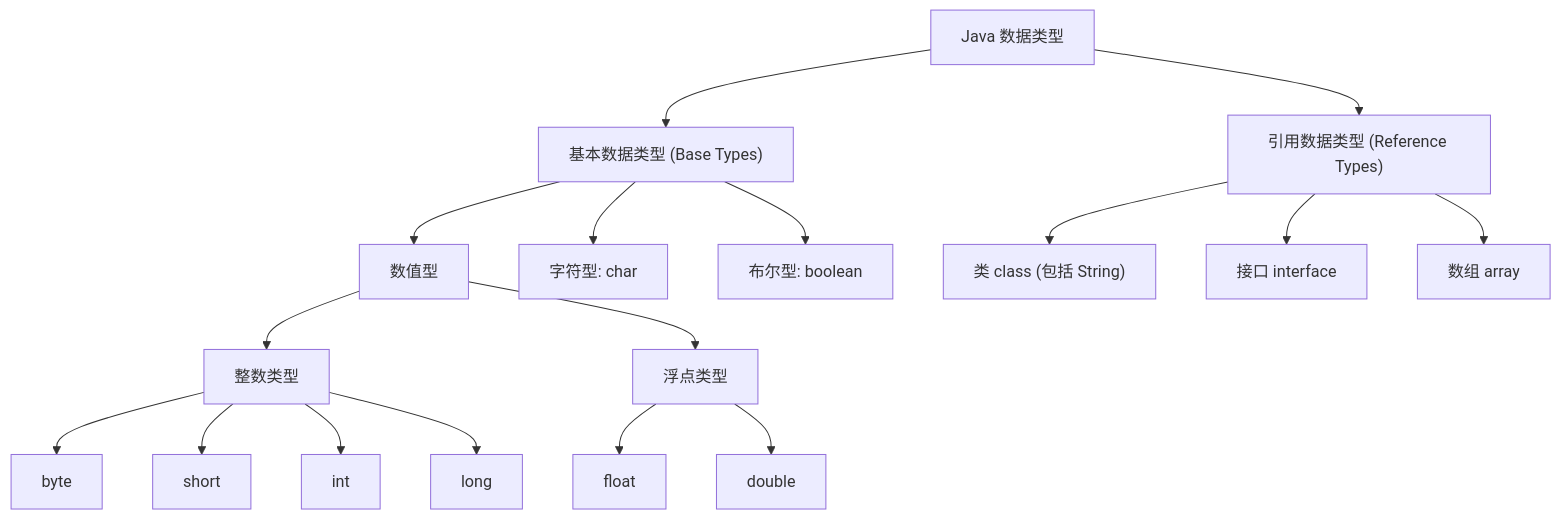
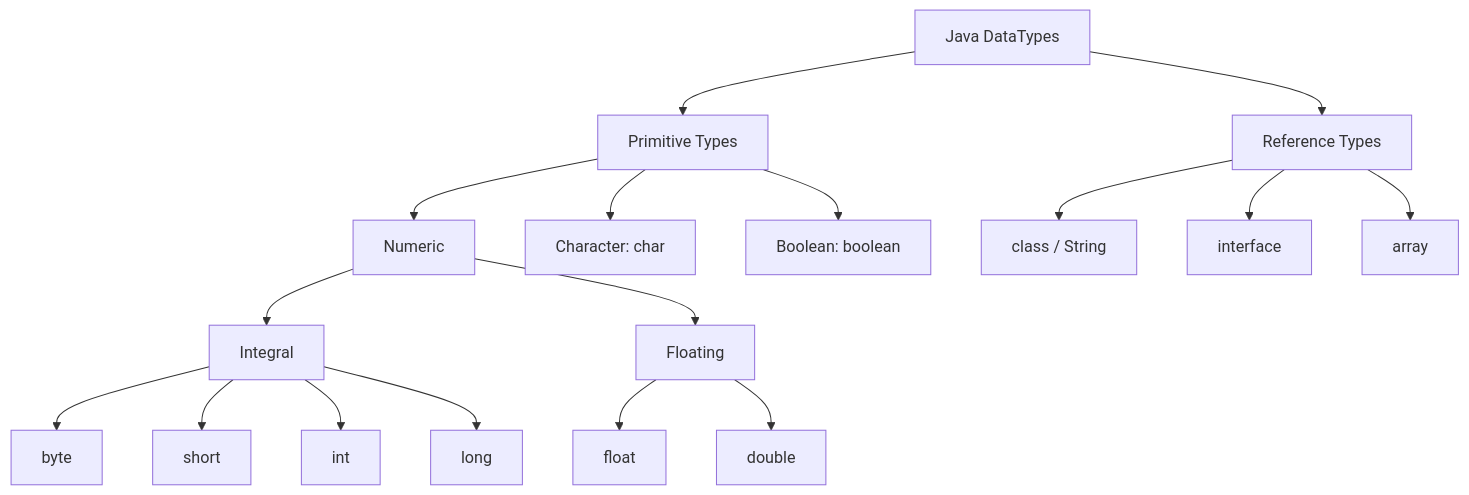
The diagram in content/posts/java.md (enochliu0318/mugee-blog), drawn with Mermaid before and after one commit.

Commit message:
writing new post

```diff
--- a/content/posts/java.md
+++ b/content/posts/java.md
@@ -275,24 +275,24 @@
 <div class="mermaid">
 graph TD
-    Root[Java 数据类型] --> Basic["基本数据类型 (Base Types)"]
-    Root --> Ref["引用数据类型 (Reference Types)"]
+    Root[Java DataTypes] --> Basic[Primitive Types]
+    Root --> Ref[Reference Types]
 
-    Basic --> Numeric[数值型]
-    Basic --> Character["字符型: char"]
-    Basic --> Boolean["布尔型: boolean"]
+    Basic --> Numeric[Numeric]
+    Basic --> Character[Character: char]
+    Basic --> Boolean[Boolean: boolean]
 
-    Numeric --> Integral[整数类型]
-    Numeric --> Floating[浮点类型]
+    Numeric --> Integral[Integral]
+    Numeric --> Floating[Floating]
 
     Integral --> byte[byte]
     Integral --> short[short]
     Integral --> int[int]
     Integral --> long[long]
 
     Floating --> float[float]
     Floating --> double[double]
 
-    Ref --> Class["类 class (包括 String)"]
-    Ref --> Interface["接口 interface"]
-    Ref --> Array["数组 array"]
+    Ref --> Class[class / String]
+    Ref --> Interface[interface]
+    Ref --> Array[array]
 </div>
```
